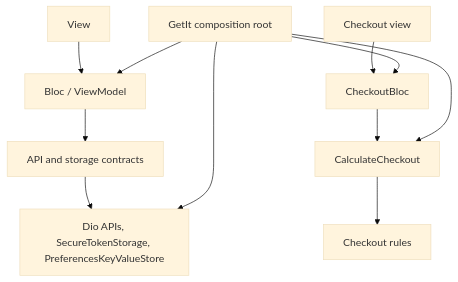
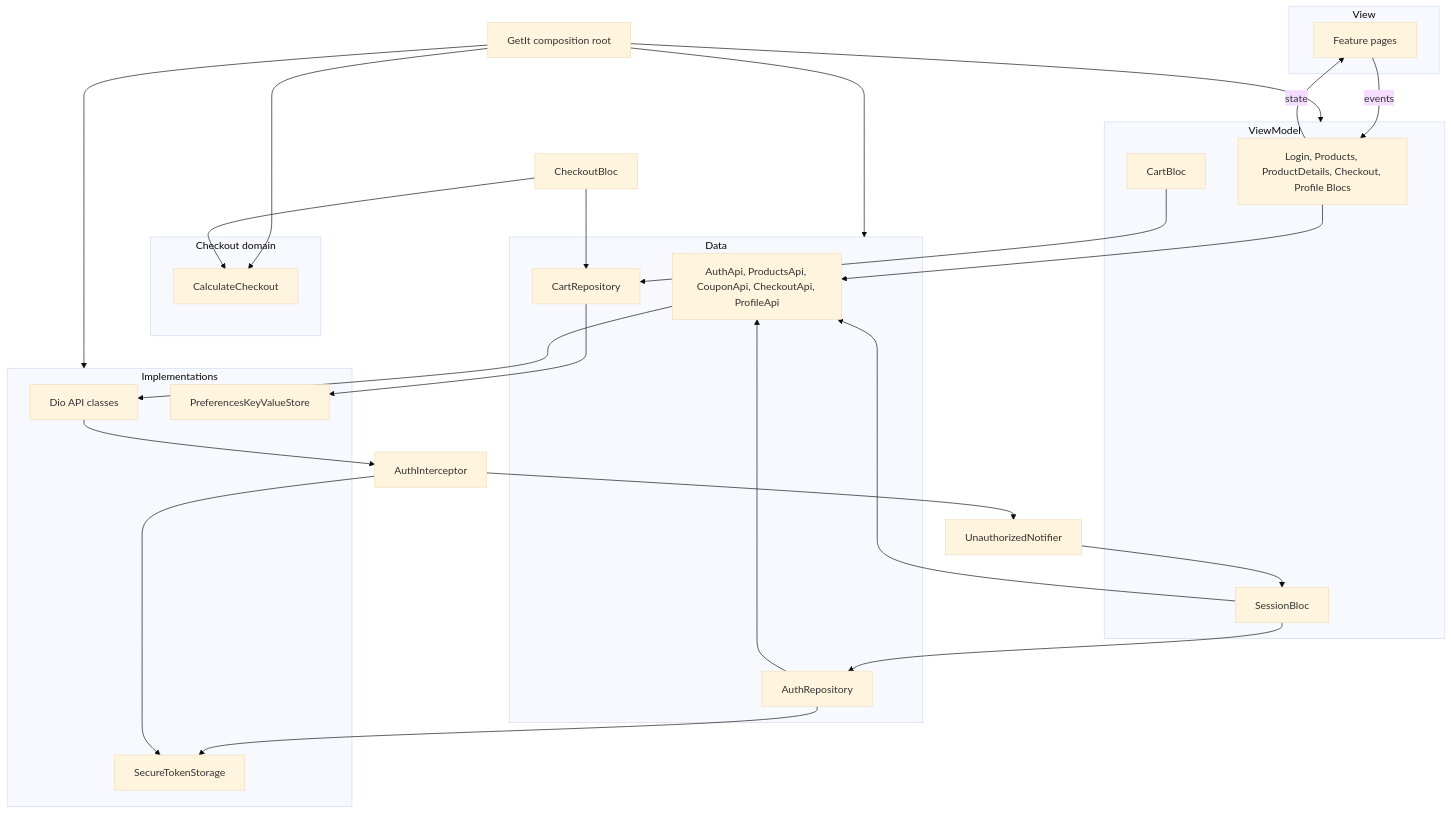
Before and after one commit to AhmedAnwar00/mini_ecommerce_api_app: the diagram in README.md, drawn with Mermaid (base theme). The commit also changed other lines of this file, not shown here.

Commit message:
Revise README to reflect project renaming and enhance clarity. Updated application description, architecture details, and dependency injection explanation. Streamlined content for better readability and organization.

````diff
--- a/README.md
+++ b/README.md
@@ -48,17 +209,52 @@
 ```mermaid
 flowchart TB
-  GetIt["GetIt composition root"]
+  subgraph viewLayer [View]
+    Pages["Feature pages"]
+  end
 
-  View --> Bloc["Bloc / ViewModel"]
-  Bloc --> Contracts["API and storage contracts"]
-  Contracts --> Implementations["Dio APIs, SecureTokenStorage, PreferencesKeyValueStore"]
+  subgraph viewModel [ViewModel]
+    ScreenBlocs["Login, Products, ProductDetails, Checkout, Profile Blocs"]
+    SessionBloc["SessionBloc"]
+    CartBloc["CartBloc"]
+  end
 
-  CheckoutView["Checkout view"] --> CheckoutBloc
-  CheckoutBloc --> CalculateCheckout
-  CalculateCheckout --> Rules["Checkout rules"]
+  subgraph domainLayer [Checkout domain]
+    CalculateCheckout["CalculateCheckout"]
+  end
 
-  GetIt --> Bloc
-  GetIt --> CheckoutBloc
-  GetIt --> Implementations
+  subgraph dataLayer [Data]
+    AuthRepository["AuthRepository"]
+    CartRepository["CartRepository"]
+    ApiContracts["AuthApi, ProductsApi, CouponApi, CheckoutApi, ProfileApi"]
+  end
+
+  subgraph implementations [Implementations]
+    DioApis["Dio API classes"]
+    SecureTokenStorage["SecureTokenStorage"]
+    Preferences["PreferencesKeyValueStore"]
+  end
+
+  GetIt["GetIt composition root"] --> viewModel
+  GetIt --> dataLayer
   GetIt --> CalculateCheckout
+  GetIt --> implementations
+
+  Pages -->|"events"| ScreenBlocs
+  ScreenBlocs -->|"state"| Pages
+  SessionBloc --> AuthRepository
+  SessionBloc --> ApiContracts
+  CartBloc --> CartRepository
+  ScreenBlocs --> ApiContracts
+  CheckoutBloc["CheckoutBloc"] --> CalculateCheckout
+  CheckoutBloc --> CartRepository
+
+  AuthRepository --> ApiContracts
+  AuthRepository --> SecureTokenStorage
+  CartRepository --> Preferences
+  ApiContracts --> DioApis
+
+  AuthInterceptor["AuthInterceptor"] --> SecureTokenStorage
+  AuthInterceptor --> UnauthorizedNotifier["UnauthorizedNotifier"]
+  UnauthorizedNotifier --> SessionBloc
+  DioApis --> AuthInterceptor
 ```
````
